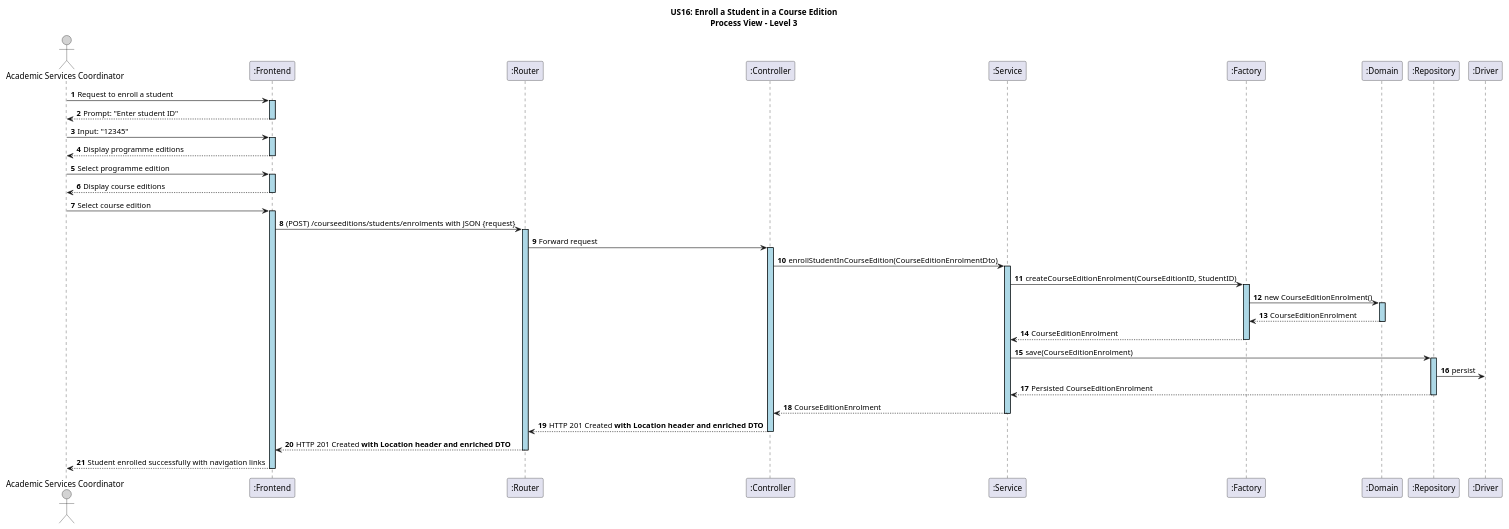
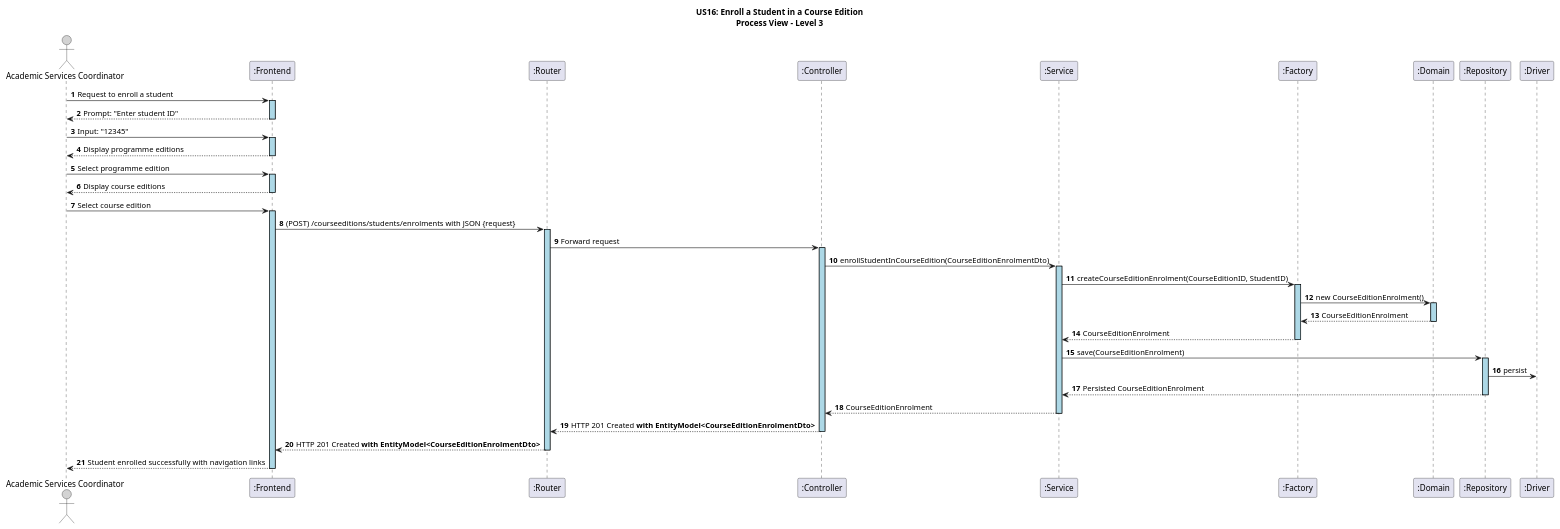
Before and after one commit to GasparISEP/DevOps-PAI: the diagram in docs/US16/sprint6_RestController/process_view/Level3.puml, drawn with PlantUML. The commit also changed 2 other files, not shown here.

Commit message:
docs: Update process view diagrams for Level 3, Level 4, and Level 5 to replace references to enriched DTOs with EntityModel<CourseEditionEnrolmentDto> and incorporate HateoasAssembler for improved response structure. refs #659

```diff
--- a/docs/US16/sprint6_RestController/process_view/Level3.puml
+++ b/docs/US16/sprint6_RestController/process_view/Level3.puml
@@ -1,52 +1,52 @@
 @startuml
 autonumber
 
 skinparam sequence {
     LifelineBorderColor black
     LifelineBackgroundColor LightBlue
     ActorBorderColor black
     ActorBackgroundColor LightGray
 }
 
 title US16: Enroll a Student in a Course Edition\nProcess View – Level 3
 
 actor ASC as "Academic Services Coordinator"
 participant ":Frontend" as FE
 participant ":Router" as RT
 participant ":Controller" as CT
 participant ":Service" as SE
 participant ":Factory" as FA
 participant ":Domain" as DM
 participant ":Repository" as RE
 participant ":Driver" as Driver
 
 ASC -> FE ++: Request to enroll a student
 FE --> ASC --: Prompt: "Enter student ID"
 ASC -> FE ++: Input: "12345"
 FE --> ASC --: Display programme editions
 ASC -> FE ++: Select programme edition
 FE --> ASC --: Display course editions
 ASC -> FE ++: Select course edition
 
 FE -> RT ++: (POST) /courseeditions/students/enrolments with JSON {request}
 RT -> CT ++: Forward request
 
 CT -> SE ++: enrollStudentInCourseEdition(CourseEditionEnrolmentDto)
 
 SE -> FA ++: createCourseEditionEnrolment(CourseEditionID, StudentID)
 FA -> DM ++: new CourseEditionEnrolment()
 DM --> FA --: CourseEditionEnrolment
 FA --> SE --: CourseEditionEnrolment
 
 SE -> RE ++: save(CourseEditionEnrolment)
 RE -> Driver: persist
 RE --> SE --: Persisted CourseEditionEnrolment
 
 SE --> CT --: CourseEditionEnrolment
 
-CT --> RT --: HTTP 201 Created **with Location header and enriched DTO**
+CT --> RT --: HTTP 201 Created **with EntityModel<CourseEditionEnrolmentDto>**
 
-RT --> FE --: HTTP 201 Created **with Location header and enriched DTO**
+RT --> FE --: HTTP 201 Created **with EntityModel<CourseEditionEnrolmentDto>**
 FE --> ASC --: Student enrolled successfully with navigation links
 
 @enduml
```
